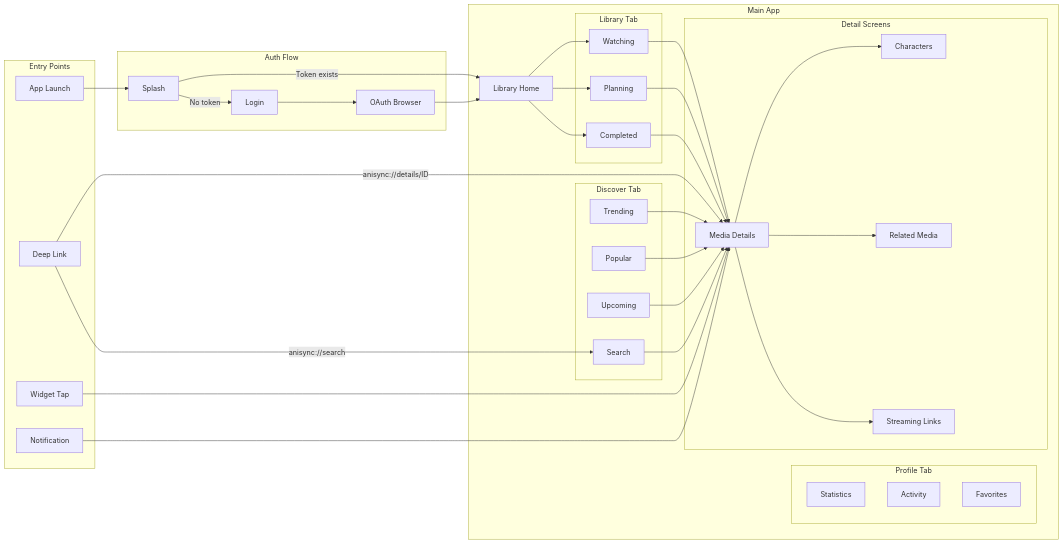
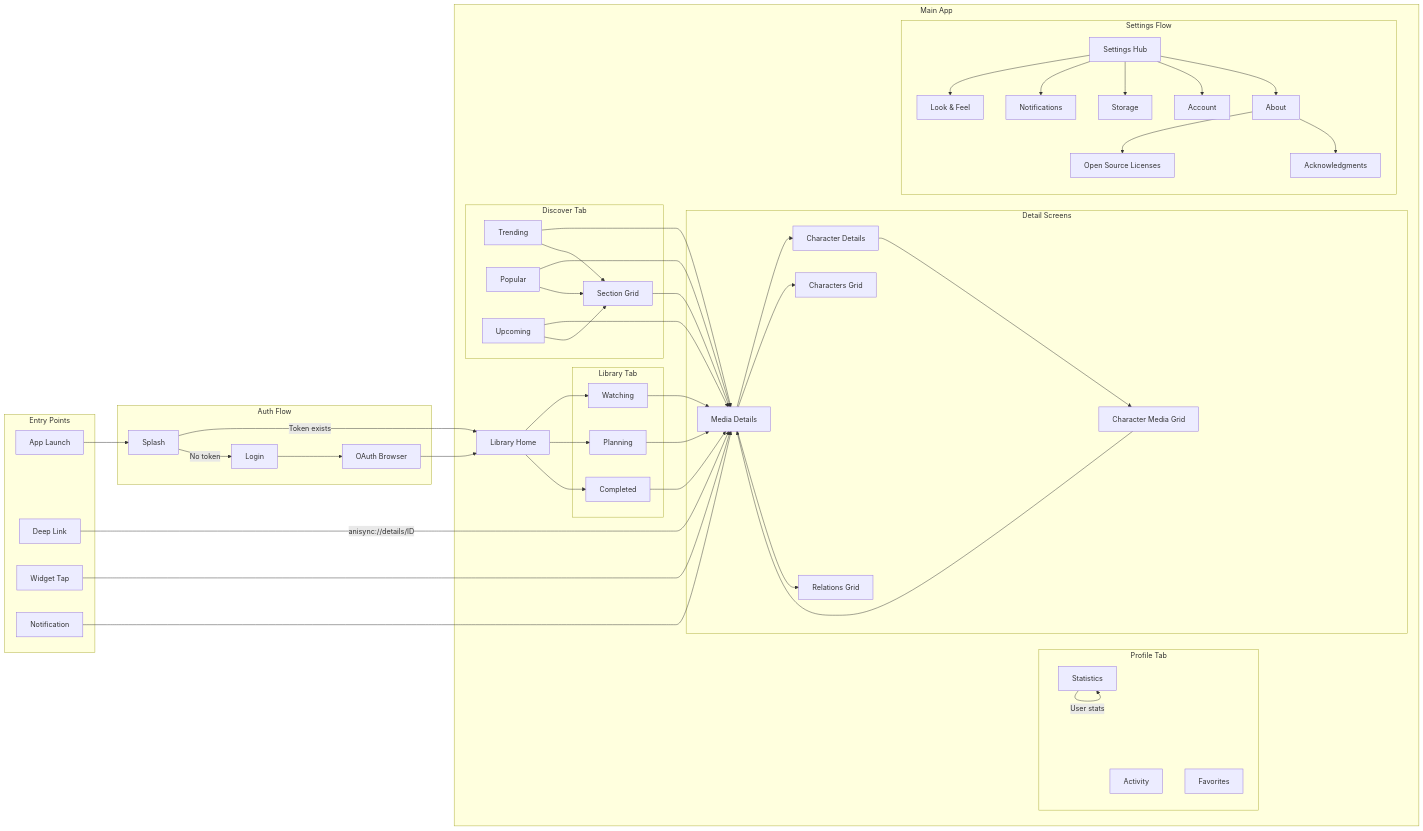
One commit to Marco-9456/AniSync changed the second of 3 diagrams in docs/NAVIGATION.md. Above: the diagram before and after it, drawn with Mermaid. The commit also changed other lines of this file and 6 other files, not shown here.

````diff
--- a/docs/NAVIGATION.md
+++ b/docs/NAVIGATION.md
@@ -74,62 +103,80 @@
 ```mermaid
 flowchart LR
     subgraph "Entry Points"
         LAUNCH[App Launch]
         DEEP[Deep Link]
         WIDGET[Widget Tap]
         NOTIF[Notification]
     end
 
     subgraph "Auth Flow"
         SPLASH[Splash]
         LOGIN[Login]
         OAUTH[OAuth Browser]
     end
 
     subgraph "Main App"
         HOME[Library Home]
         
         subgraph "Library Tab"
             WATCHING[Watching]
             PLANNING[Planning]
             COMPLETED[Completed]
         end
         
         subgraph "Discover Tab"
             TRENDING[Trending]
             POPULAR[Popular]
             UPCOMING[Upcoming]
-            SEARCH[Search]
+            SECTIONGRID[Section Grid]
         end
         
         subgraph "Profile Tab"
             STATS[Statistics]
             ACTIVITY[Activity]
             FAVS[Favorites]
         end
         
         subgraph "Detail Screens"
             MEDIA[Media Details]
-            CHARS[Characters]
-            RELATED[Related Media]
-            STREAMING[Streaming Links]
+            CHARS[Character Details]
+            MCHARS[Characters Grid]
+            MRELS[Relations Grid]
+            CMEDIA[Character Media Grid]
+        end
+
+        subgraph "Settings Flow"
+            SETTINGS[Settings Hub]
+            LOOK[Look & Feel]
+            NOTIFS[Notifications]
+            STORAGE[Storage]
+            ACCOUNT[Account]
+            ABOUT[About]
+            LICENSES[Open Source Licenses]
+            ACKS[Acknowledgments]
         end
     end
 
     LAUNCH --> SPLASH
     SPLASH --> |Token exists| HOME
     SPLASH --> |No token| LOGIN
     LOGIN --> OAUTH
     OAUTH --> HOME
 
     DEEP --> |anisync://details/ID| MEDIA
-    DEEP --> |anisync://search| SEARCH
     WIDGET --> MEDIA
     NOTIF --> MEDIA
 
     HOME --> WATCHING & PLANNING & COMPLETED
     WATCHING & PLANNING & COMPLETED --> MEDIA
     TRENDING & POPULAR & UPCOMING --> MEDIA
-    SEARCH --> MEDIA
-    MEDIA --> CHARS & RELATED & STREAMING
+    TRENDING & POPULAR & UPCOMING --> SECTIONGRID
+    SECTIONGRID --> MEDIA
+    MEDIA --> CHARS & MCHARS & MRELS
+    CHARS --> CMEDIA
+    CMEDIA --> MEDIA
+
+    STATS --> |User stats| STATS
+    SETTINGS --> LOOK & NOTIFS & STORAGE & ACCOUNT & ABOUT
+    ABOUT --> LICENSES & ACKS
 ```
````
